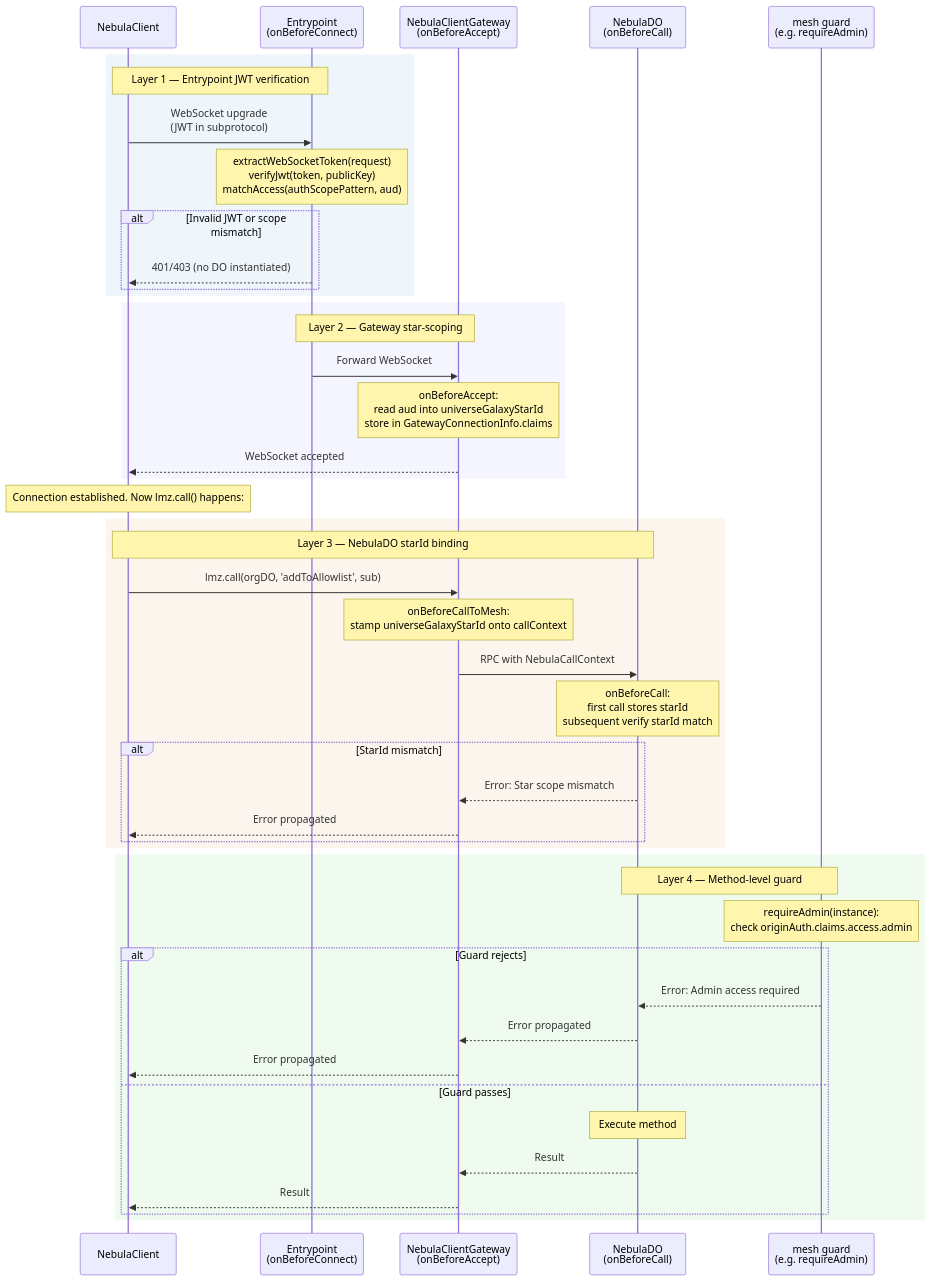
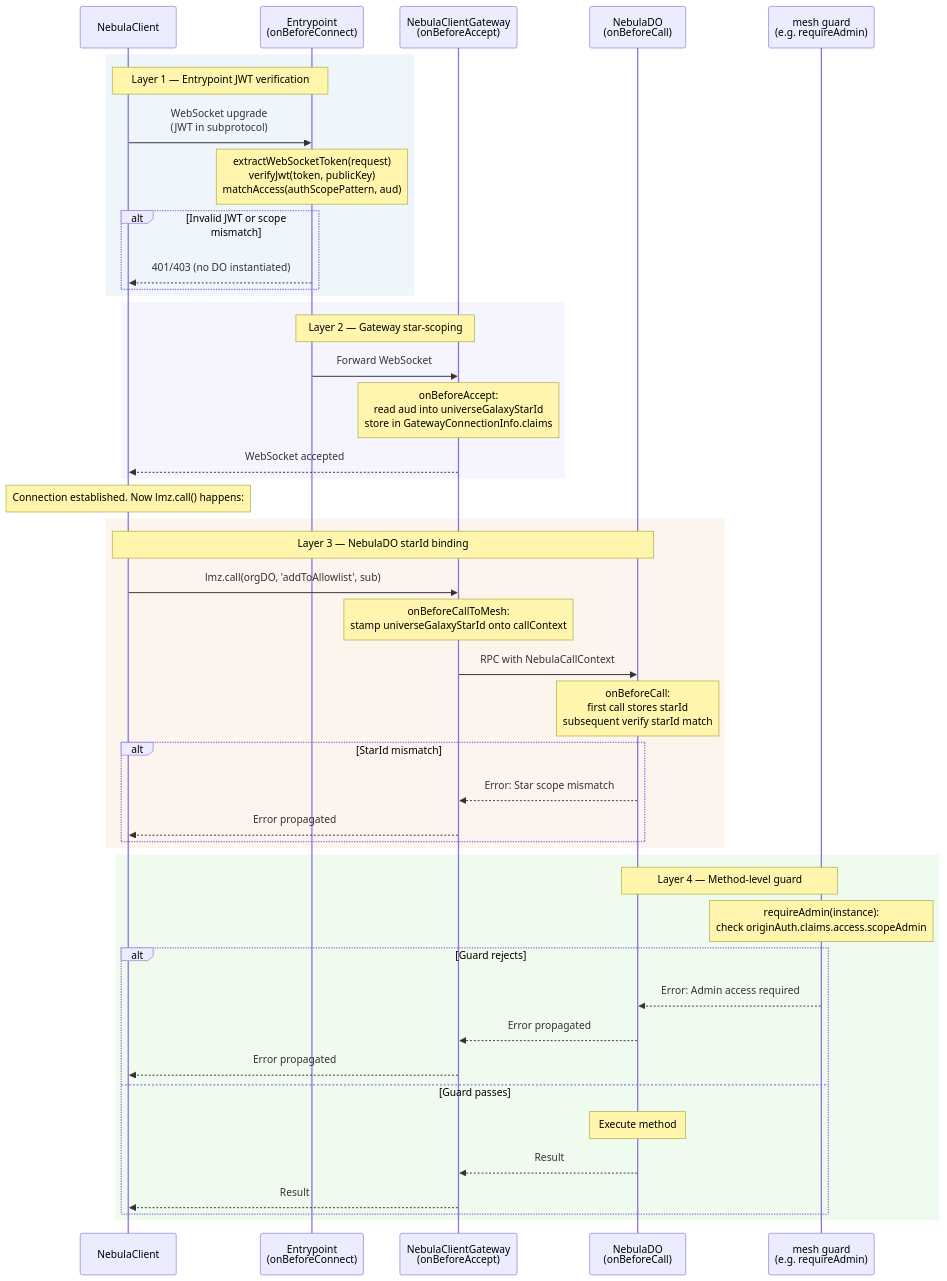
The fifth of 6 diagrams in website/docs/nebula/auth-flows.md (lumenize/lumenize), drawn with Mermaid before and after one commit. The commit also changed 5 other files, not shown here.

````diff
--- a/website/docs/nebula/auth-flows.md
+++ b/website/docs/nebula/auth-flows.md
@@ -257,52 +257,52 @@
 ```mermaid
 sequenceDiagram
     participant C as NebulaClient
     participant EP as Entrypoint<br/>(onBeforeConnect)
     participant GW as NebulaClientGateway<br/>(onBeforeAccept)
     participant DO as NebulaDO<br/>(onBeforeCall)
     participant M as mesh guard<br/>(e.g. requireAdmin)
 
     rect rgba(200, 220, 240, 0.3)
         Note over C,EP: Layer 1 — Entrypoint JWT verification
         C->>EP: WebSocket upgrade<br/>(JWT in subprotocol)
         Note over EP: extractWebSocketToken(request)<br/>verifyJwt(token, publicKey)<br/>matchAccess(authScopePattern, aud)
         alt Invalid JWT or scope mismatch
             EP-->>C: 401/403 (no DO instantiated)
         end
     end
 
     rect rgba(220, 220, 255, 0.3)
         Note over EP,GW: Layer 2 — Gateway star-scoping
         EP->>GW: Forward WebSocket
         Note over GW: onBeforeAccept:<br/>read aud into universeGalaxyStarId<br/>store in GatewayConnectionInfo.claims
         GW-->>C: WebSocket accepted
     end
 
     Note over C: Connection established. Now lmz.call() happens:
 
     rect rgba(240, 220, 200, 0.3)
         Note over C,DO: Layer 3 — NebulaDO starId binding
         C->>GW: lmz.call(orgDO, 'addToAllowlist', sub)
         Note over GW: onBeforeCallToMesh:<br/>stamp universeGalaxyStarId onto callContext
         GW->>DO: RPC with NebulaCallContext
         Note over DO: onBeforeCall:<br/>first call stores starId<br/>subsequent verify starId match
         alt StarId mismatch
             DO-->>GW: Error: Star scope mismatch
             GW-->>C: Error propagated
         end
     end
 
     rect rgba(200, 240, 200, 0.3)
         Note over DO,M: Layer 4 — Method-level guard
-        Note over M: requireAdmin(instance):<br/>check originAuth.claims.access.admin
+        Note over M: requireAdmin(instance):<br/>check originAuth.claims.access.scopeAdmin
         alt Guard rejects
             M-->>DO: Error: Admin access required
             DO-->>GW: Error propagated
             GW-->>C: Error propagated
         else Guard passes
             Note over DO: Execute method
             DO-->>GW: Result
             GW-->>C: Result
         end
     end
 ```
````
